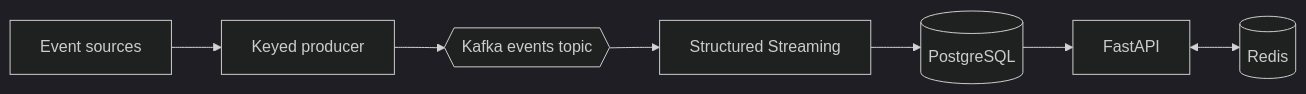
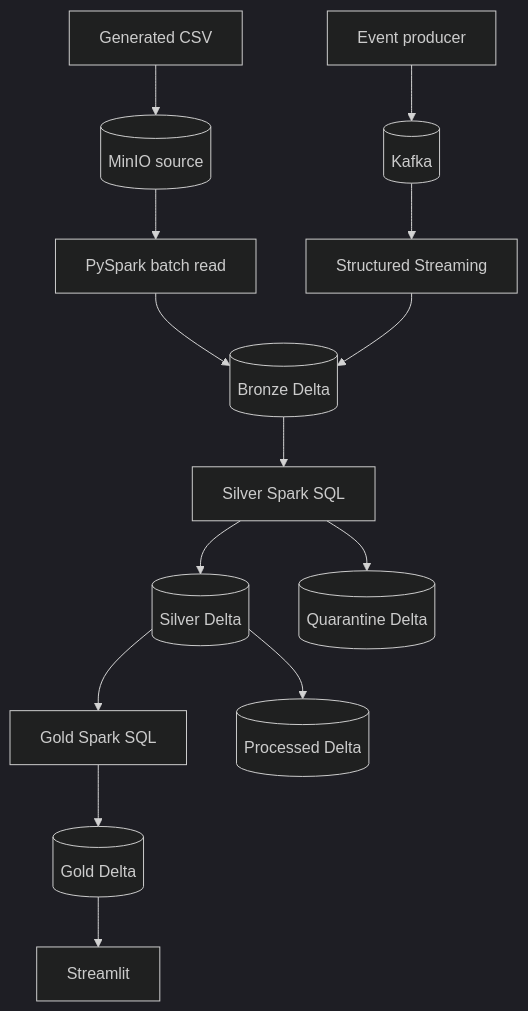
One commit to iiitbCarbon/InsightsStream- changed the diagram in docs/architecture.md. Above: the diagram before and after it, drawn with Mermaid (dark theme). The commit also changed other lines of this file and 19 other files, not shown here.

Commit message:
Add local MinIO Delta Lake demo

````diff
--- a/docs/architecture.md
+++ b/docs/architecture.md
@@ -91,9 +17,16 @@
 ```mermaid
-flowchart LR
-    A[Event sources] --> P[Keyed producer]
-    P --> K{{Kafka events topic}}
-    K --> S[Structured Streaming]
-    S --> DB[(PostgreSQL)]
-    DB --> API[FastAPI]
-    API <--> REDIS[(Redis)]
+flowchart TB
+    CSV[Generated CSV] --> MINIOSRC[(MinIO source)]
+    MINIOSRC --> BATCH[PySpark batch read]
+    EVENTS[Event producer] --> K[(Kafka)]
+    K --> SS[Structured Streaming]
+    BATCH --> B[(Bronze Delta)]
+    SS --> B
+    B --> SQL[Silver Spark SQL]
+    SQL --> S[(Silver Delta)]
+    SQL --> Q[(Quarantine Delta)]
+    S --> AGG[Gold Spark SQL]
+    AGG --> G[(Gold Delta)]
+    S --> P[(Processed Delta)]
+    G --> D[Streamlit]
 ```
````
